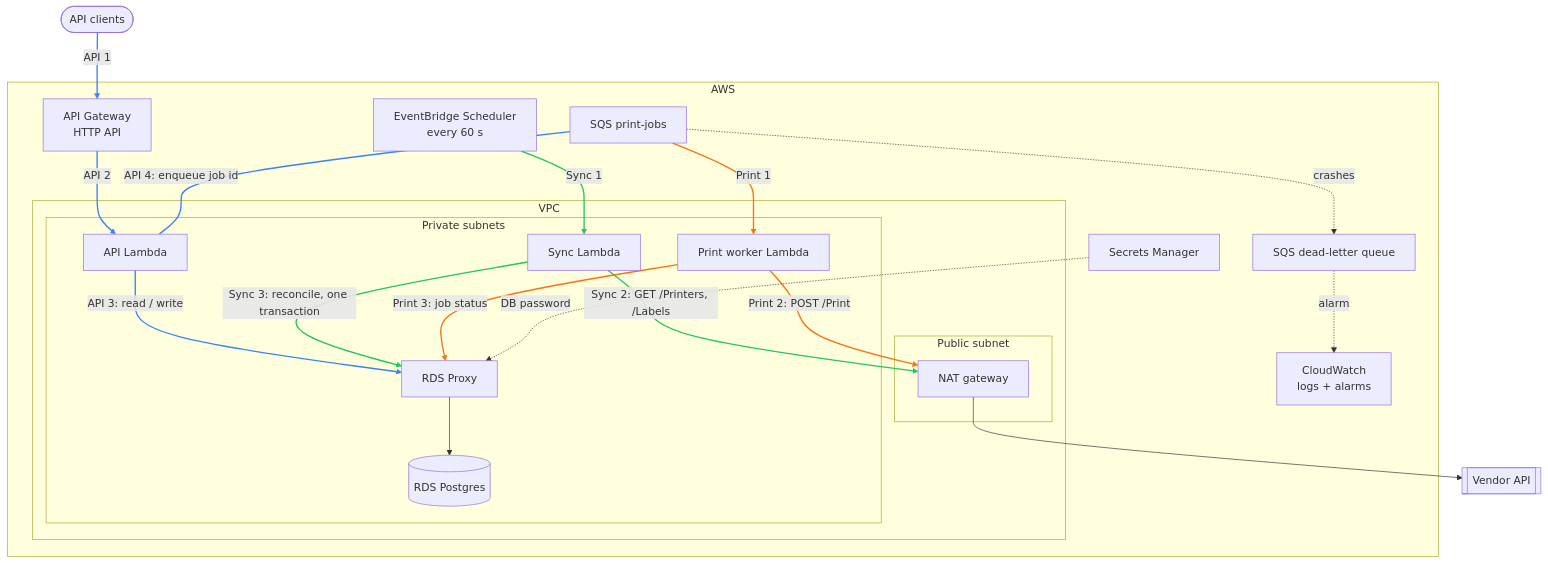
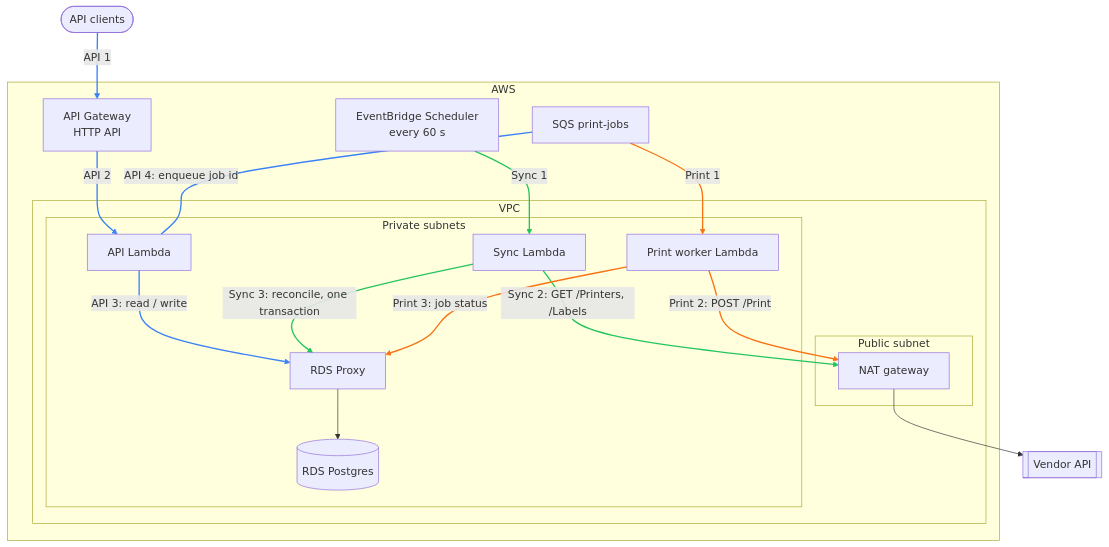
Before and after one commit to baekdahl/print-manager: the second of 4 diagrams in docs/design.md, drawn with Mermaid. The commit also changed other lines of this file, not shown here.

Commit message:
Keep only flow components in the solution diagram

````diff
--- a/docs/design.md
+++ b/docs/design.md
@@ -94,50 +94,44 @@
 ```mermaid
 flowchart TB
   client([API clients])
   vendor[[Vendor API]]
 
   subgraph aws[AWS]
     apigw[API Gateway<br/>HTTP API]
     sched[EventBridge Scheduler<br/>every 60 s]
     sqs[SQS print-jobs]
-    dlq[SQS dead-letter queue]
-    cw[CloudWatch<br/>logs + alarms]
-    secrets[Secrets Manager]
 
     subgraph vpc[VPC]
       subgraph private[Private subnets]
         api[API Lambda]
         sync[Sync Lambda]
         worker[Print worker Lambda]
         proxy[RDS Proxy]
         db[(RDS Postgres)]
       end
       subgraph public[Public subnet]
         nat[NAT gateway]
       end
     end
   end
 
   client -- "API 1" --> apigw
   apigw -- "API 2" --> api
   api -- "API 3: read / write" --> proxy
   sqs -- "API 4: enqueue job id" --- api
 
   sched -- "Sync 1" --> sync
   sync -- "Sync 2: GET /Printers, /Labels" --> nat
   sync -- "Sync 3: reconcile, one transaction" --> proxy
 
   sqs -- "Print 1" --> worker
   worker -- "Print 2: POST /Print" --> nat
   worker -- "Print 3: job status" --> proxy
 
   proxy --> db
   nat --> vendor
-  sqs -. crashes .-> dlq
-  dlq -. alarm .-> cw
-  secrets -. DB password .-> proxy
 
   linkStyle 0,1,2,3 stroke:#3b82f6,stroke-width:2px
   linkStyle 4,5,6 stroke:#22c55e,stroke-width:2px
   linkStyle 7,8,9 stroke:#f97316,stroke-width:2px
 ```
````
